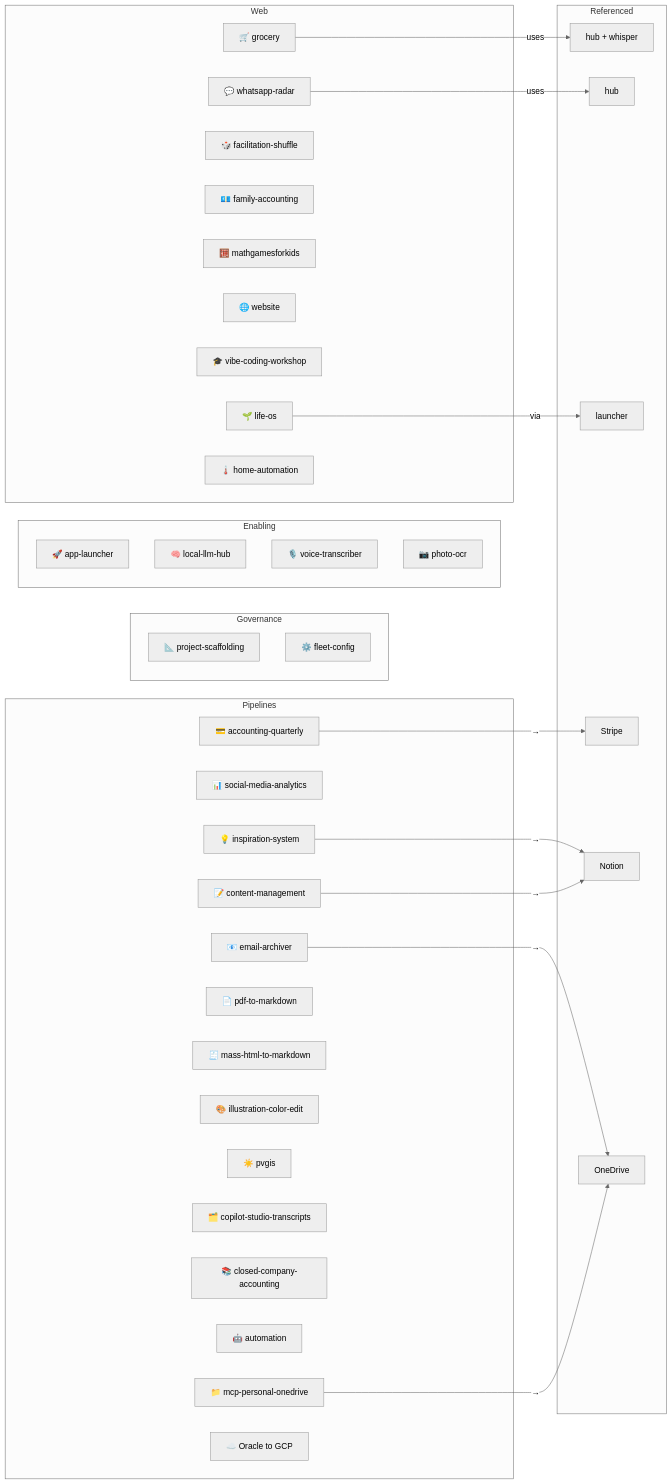
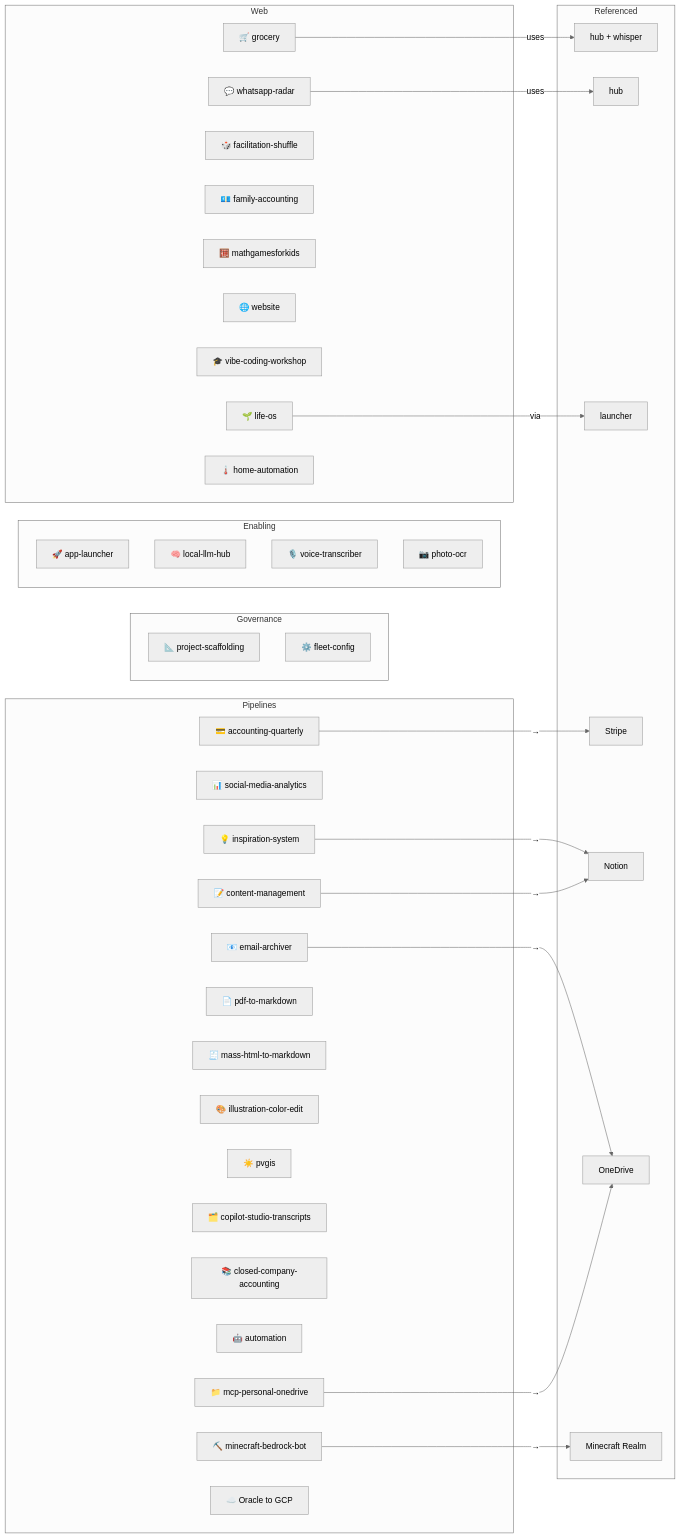
One commit to ferraroroberto/fleet-config changed the diagram in global-CLAUDE.md. Above: the diagram before and after it, drawn with Mermaid (neutral theme). The commit also changed 7 other files, not shown here.

````diff
--- a/global-CLAUDE.md
+++ b/global-CLAUDE.md
@@ -178,56 +178,59 @@
 ```mermaid
 flowchart LR
   subgraph governance["Governance"]
     project_scaffolding["📐 project-scaffolding"]
     fleet_config["⚙️ fleet-config"]
   end
   subgraph enabling["Enabling"]
     app_launcher["🚀 app-launcher"]
     local_llm_hub["🧠 local-llm-hub"]
     voice_transcriber["🎙️ voice-transcriber"]
     photo_ocr["📷 photo-ocr"]
   end
   subgraph web["Web"]
     grocery_shopping_automation["🛒 grocery"]
     whatsapp_radar["💬 whatsapp-radar"]
     facilitation_shuffle["🎲 facilitation-shuffle"]
     family_accounting["💶 family-accounting"]
     mathgamesforkids["🧮 mathgamesforkids"]
     website["🌐 website"]
     vibe_coding_workshop["🎓 vibe-coding-workshop"]
     life_os["🌱 life-os"]
     home_automation["🌡️ home-automation"]
   end
   subgraph pipe["Pipelines"]
     accounting_quarterly["💳 accounting-quarterly"]
     social_media_analytics["📊 social-media-analytics"]
     inspiration_system["💡 inspiration-system"]
     content_management["📝 content-management"]
     email_archiver["📧 email-archiver"]
     pdf_to_markdown["📄 pdf-to-markdown"]
     mass_html_to_markdown["🧾 mass-html-to-markdown"]
     illustration_color_edit["🎨 illustration-color-edit"]
     pvgis["☀️ pvgis"]
     copilot_studio_transcripts["🗂️ copilot-studio-transcripts"]
     closed_company_accounting["📚 closed-company-accounting"]
     automation["🤖 automation"]
     mcp_personal_onedrive["📁 mcp-personal-onedrive"]
+    minecraft_bedrock_bot["⛏️ minecraft-bedrock-bot"]
     oracle_to_gcp["☁️ Oracle to GCP"]
   end
   subgraph targets["Referenced"]
     t_hub_whisper["hub + whisper"]
     t_hub["hub"]
     t_launcher["launcher"]
     t_stripe["Stripe"]
     t_notion["Notion"]
     t_onedrive["OneDrive"]
+    t_minecraft_realm["Minecraft Realm"]
   end
   grocery_shopping_automation -->|uses| t_hub_whisper
   whatsapp_radar -->|uses| t_hub
   life_os -->|via| t_launcher
   accounting_quarterly -->|→| t_stripe
   inspiration_system -->|→| t_notion
   content_management -->|→| t_notion
   email_archiver -->|→| t_onedrive
   mcp_personal_onedrive -->|→| t_onedrive
+  minecraft_bedrock_bot -->|→| t_minecraft_realm
 ```
````
